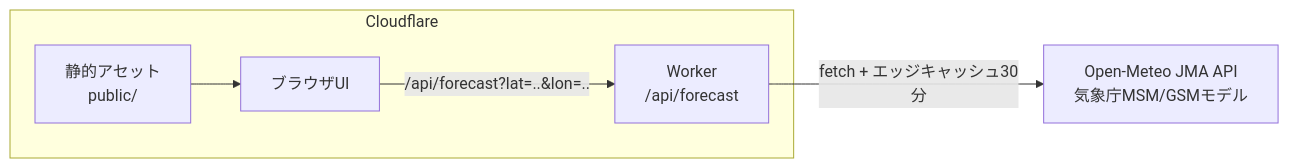
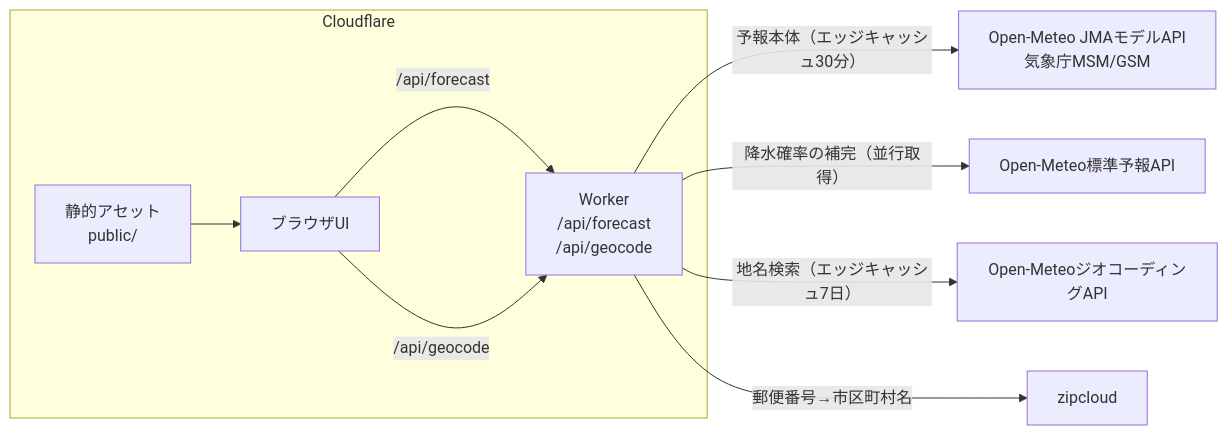
Before and after one commit to 223n/FursuitWeather: the first of 3 diagrams in docs/architecture.md, drawn with Mermaid. The commit also changed other lines of this file and 8 other files, not shown here.

````diff
--- a/docs/architecture.md
+++ b/docs/architecture.md
@@ -8,9 +8,13 @@
 ```mermaid
 flowchart LR
     subgraph Cloudflare
         A[静的アセット<br>public/] --> B[ブラウザUI]
-        W[Worker<br>/api/forecast]
+        W[Worker<br>/api/forecast<br>/api/geocode]
     end
-    B -->|"/api/forecast?lat=..&lon=.."| W
-    W -->|"fetch + エッジキャッシュ30分"| O[Open-Meteo JMA API<br>気象庁MSM/GSMモデル]
+    B -->|"/api/forecast"| W
+    B -->|"/api/geocode"| W
+    W -->|"予報本体（エッジキャッシュ30分）"| O[Open-Meteo JMAモデルAPI<br>気象庁MSM/GSM]
+    W -->|"降水確率の補完（並行取得）"| P[Open-Meteo標準予報API]
+    W -->|"地名検索（エッジキャッシュ7日）"| G[Open-MeteoジオコーディングAPI]
+    W -->|"郵便番号→市区町村名"| Z[zipcloud]
 ```
````
